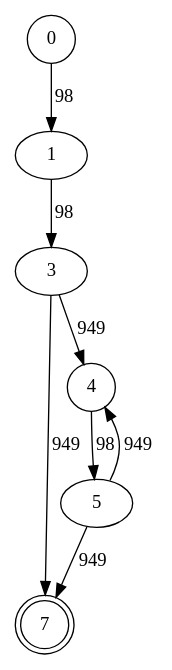
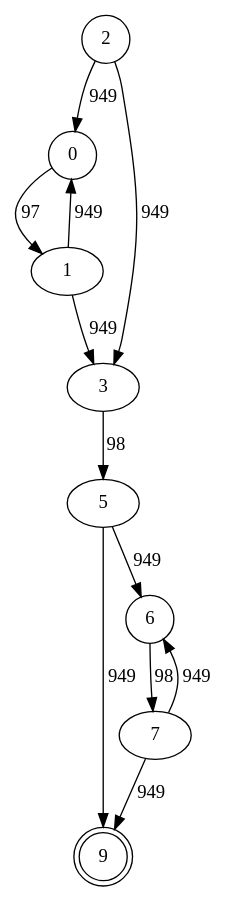
The diagram in test-output/automata1.gv (bryannalfaro/Dise-odeLenguajes), drawn with Graphviz before and after one commit. The commit also changed 2 other files, not shown here.

```diff
--- a/test-output/automata1.gv
+++ b/test-output/automata1.gv
@@ -1,12 +1,17 @@
 digraph automata1 {
+	2 [label=2 shape=circle]
+	9 [label=9 shape=doublecircle]
 	0 [label=0 shape=circle]
-	7 [label=7 shape=doublecircle]
-	4 [label=4 shape=circle]
-	0 -> 1 [label=98]
-	1 -> 3 [label=98]
-	3 -> 4 [label=949]
-	3 -> 7 [label=949]
-	4 -> 5 [label=98]
-	5 -> 7 [label=949]
-	5 -> 4 [label=949]
+	6 [label=6 shape=circle]
+	2 -> 0 [label=949]
+	2 -> 3 [label=949]
+	0 -> 1 [label=97]
+	1 -> 3 [label=949]
+	1 -> 0 [label=949]
+	3 -> 5 [label=98]
+	5 -> 6 [label=949]
+	5 -> 9 [label=949]
+	6 -> 7 [label=98]
+	7 -> 9 [label=949]
+	7 -> 6 [label=949]
 }
```
